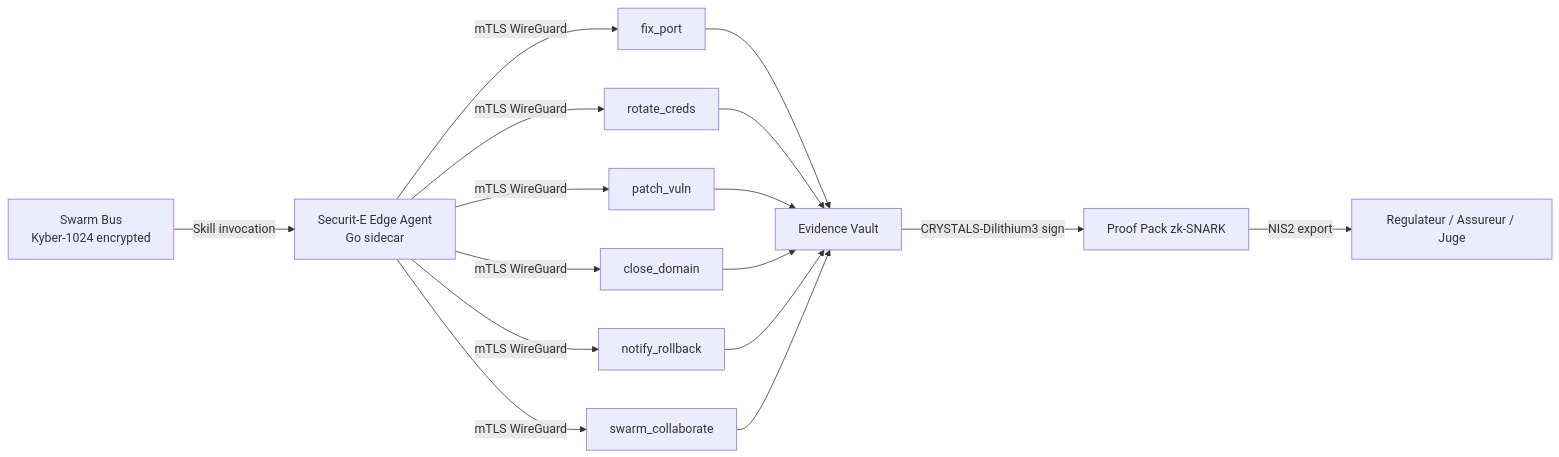
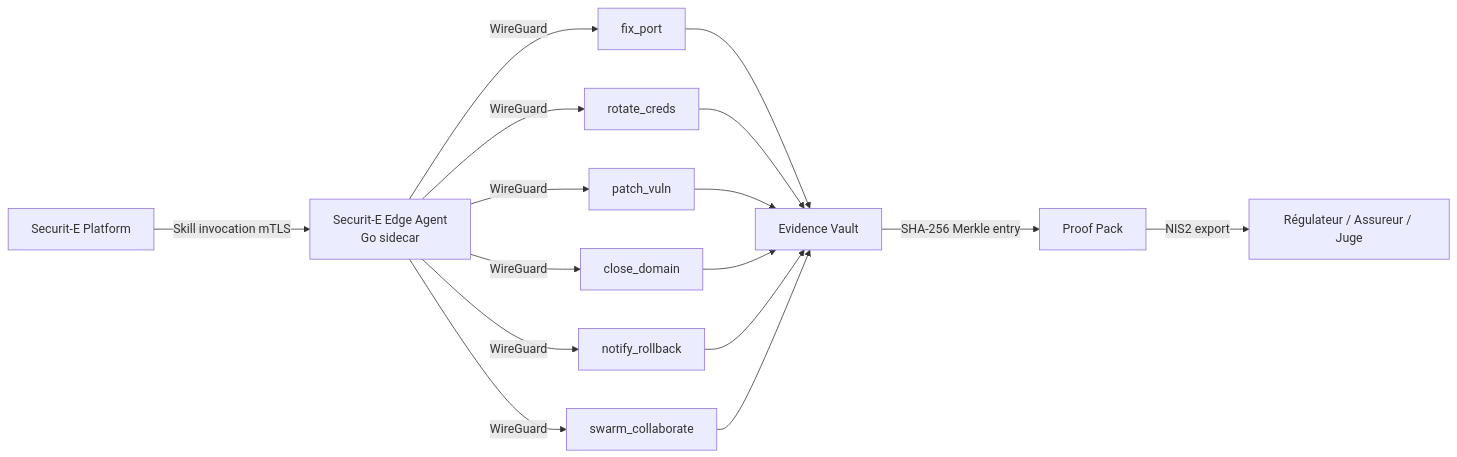
Before and after one commit to lemoalvivien-cmyk/edge-proof-keeper: the first of 2 diagrams in sentinel-immune-agent/README.md, drawn with Mermaid. The commit also changed other lines of this file and 2 other files, not shown here.

````diff
--- a/sentinel-immune-agent/README.md
+++ b/sentinel-immune-agent/README.md
@@ -38,18 +38,18 @@
 ```mermaid
 graph LR
-    A[Swarm Bus<br/>Kyber-1024 encrypted] -->|Skill invocation| B[Securit-E Edge Agent<br/>Go sidecar]
-    B -->|mTLS WireGuard| C[fix_port]
-    B -->|mTLS WireGuard| D[rotate_creds]
-    B -->|mTLS WireGuard| E[patch_vuln]
-    B -->|mTLS WireGuard| F[close_domain]
-    B -->|mTLS WireGuard| G[notify_rollback]
-    B -->|mTLS WireGuard| H[swarm_collaborate]
+    A[Securit-E Platform] -->|Skill invocation mTLS| B[Securit-E Edge Agent<br/>Go sidecar]
+    B -->|WireGuard| C[fix_port]
+    B -->|WireGuard| D[rotate_creds]
+    B -->|WireGuard| E[patch_vuln]
+    B -->|WireGuard| F[close_domain]
+    B -->|WireGuard| G[notify_rollback]
+    B -->|WireGuard| H[swarm_collaborate]
     C --> I[Evidence Vault]
     D --> I
     E --> I
     F --> I
     G --> I
     H --> I
-    I -->|CRYSTALS-Dilithium3 sign| J[Proof Pack zk-SNARK]
-    J -->|NIS2 export| K[Regulateur / Assureur / Juge]
+    I -->|SHA-256 Merkle entry| J[Proof Pack]
+    J -->|NIS2 export| K[Régulateur / Assureur / Juge]
 ```
````
